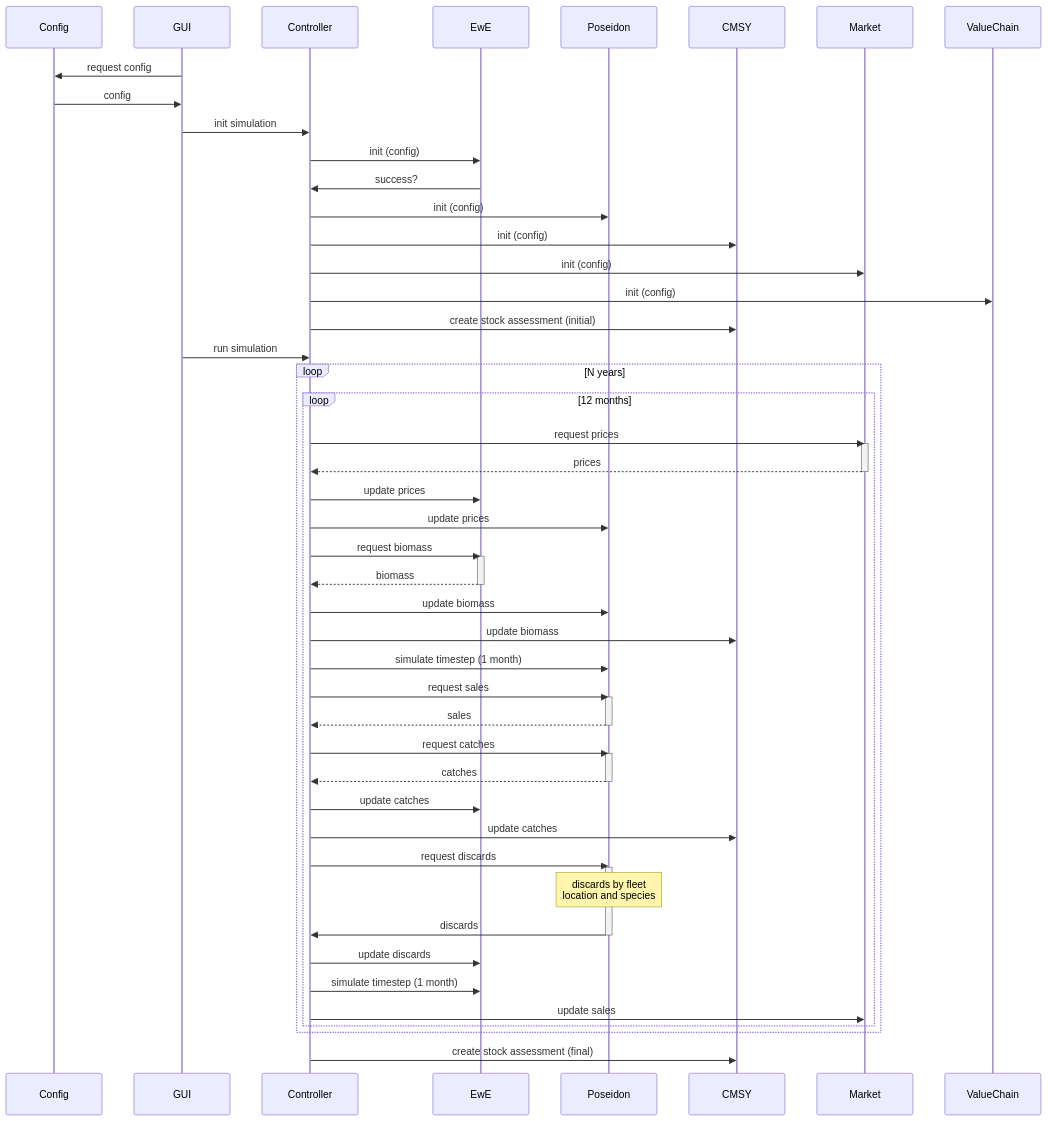
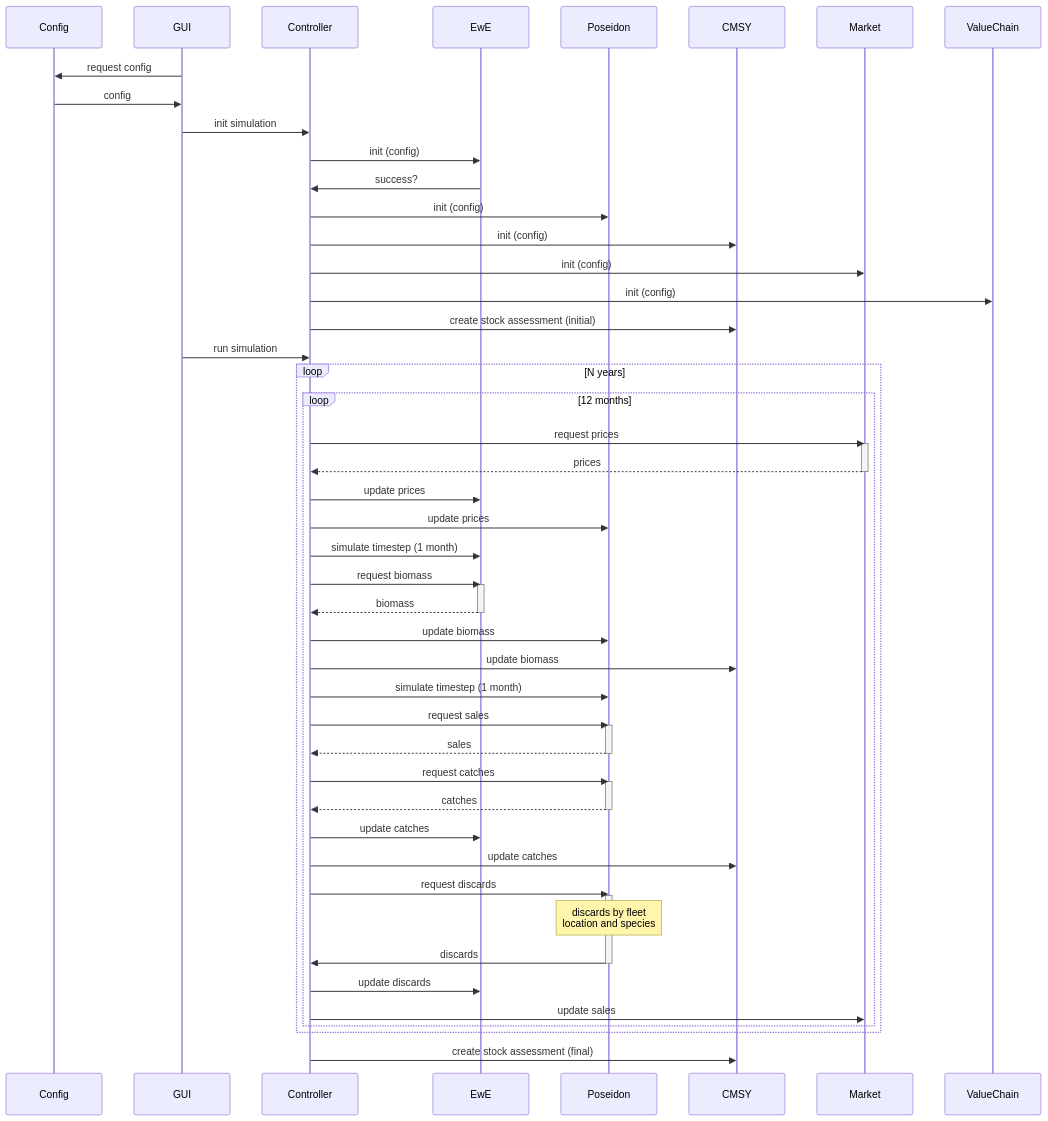
The diagram in SequenceDiagram.md (SURIMI-Project/SURIMI-project), drawn with Mermaid before and after one commit. The commit also changed other lines of this file, not shown here.

````diff
--- a/SequenceDiagram.md
+++ b/SequenceDiagram.md
@@ -3,69 +3,69 @@
 ```mermaid
 
  sequenceDiagram
 
     participant Config
     participant GUI
     participant Controller
     participant EwE
     participant Poseidon
     participant CMSY
     participant Market
     participant ValueChain
 
     %% Initialization %%
     %% this is the init %%
     GUI ->> Config: request config
     Config ->> GUI: config
     GUI ->> Controller: init simulation
 
     Controller ->> EwE: init (config)
     EwE ->> Controller: success?
     Controller ->> Poseidon: init (config)
     Controller ->> CMSY: init (config)
     Controller ->> Market: init (config)
     Controller ->> ValueChain: init (config)
 
     Controller ->> CMSY: create stock assessment (initial)
 
     %% Simulation %%
     %% starting the simulation %%
     GUI ->> Controller: run simulation
 
     loop N years
         loop 12 months
             Controller ->> Market: request prices
             activate Market
             Market -->> Controller: prices
             deactivate Market
             Controller ->> EwE: update prices
             Controller ->> Poseidon: update prices
+            Controller ->> EwE: simulate timestep (1 month)
             Controller ->> EwE: request biomass
             activate EwE
             EwE -->> Controller: biomass
             deactivate EwE
             Controller ->> Poseidon: update biomass
             Controller ->> CMSY: update biomass
             Controller ->> Poseidon: simulate timestep (1 month)
             Controller ->> Poseidon: request sales
             activate Poseidon
             Poseidon -->> Controller: sales
             deactivate Poseidon
             Controller ->> Poseidon: request catches
             activate Poseidon
             Poseidon -->> Controller: catches
             deactivate Poseidon
             Controller ->> EwE: update catches
             Controller ->> CMSY: update catches
             Controller ->> Poseidon: request discards
             activate Poseidon
             Note over Poseidon: discards by fleet<br/> location and species
             Poseidon ->> Controller: discards
             deactivate Poseidon
             Controller ->> EwE: update discards
-            Controller ->> EwE: simulate timestep (1 month)
             Controller ->> Market: update sales
         end
     end
     Controller ->> CMSY: create stock assessment (final) 
 ```
````
